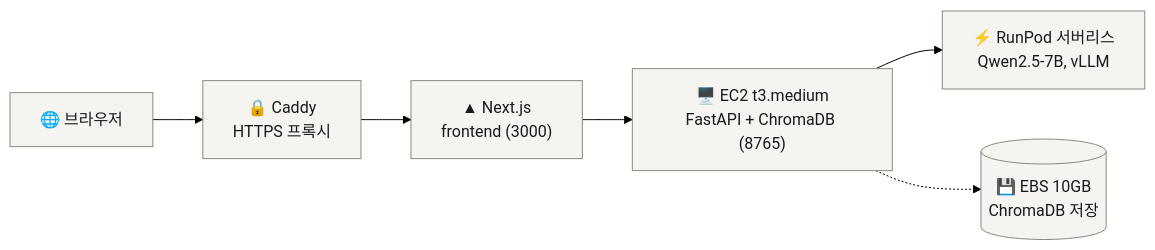
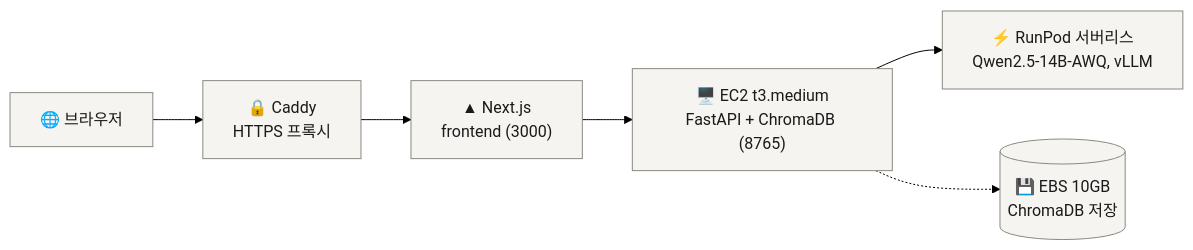
The seventh of 7 diagrams in README.md (MachuEngine/bunpil), drawn with Mermaid (forest theme) before and after one commit. The commit also changed other lines of this file and 8 other files, not shown here.

````diff
--- a/README.md
+++ b/README.md
@@ -462,17 +461,17 @@
 ```mermaid
 flowchart LR
     Browser["🌐 브라우저"]
     Caddy["🔒 Caddy<br/>HTTPS 프록시"]
     EC2["🖥️ EC2 t3.medium<br/>FastAPI + ChromaDB"]
-    RunPod["⚡ RunPod 서버리스<br/>Qwen2.5-7B, vLLM"]
+    RunPod["⚡ RunPod 서버리스<br/>Qwen2.5-14B-AWQ, vLLM"]
     EBS[("💾 EBS 10GB<br/>ChromaDB 저장")]
 
     Browser --> Caddy --> Frontend["▲ Next.js<br/>frontend (3000)"]
     Frontend --> EC2
     EC2["🖥️ EC2 t3.medium<br/>FastAPI + ChromaDB (8765)"] --> RunPod
     EC2 -.-> EBS
 
     class Browser,Caddy,Frontend,EC2,RunPod,EBS neutral
 
     classDef neutral fill:#F5F4F1,stroke:#8A8880,stroke-width:1px,color:#1A1A1A
 ```
````
